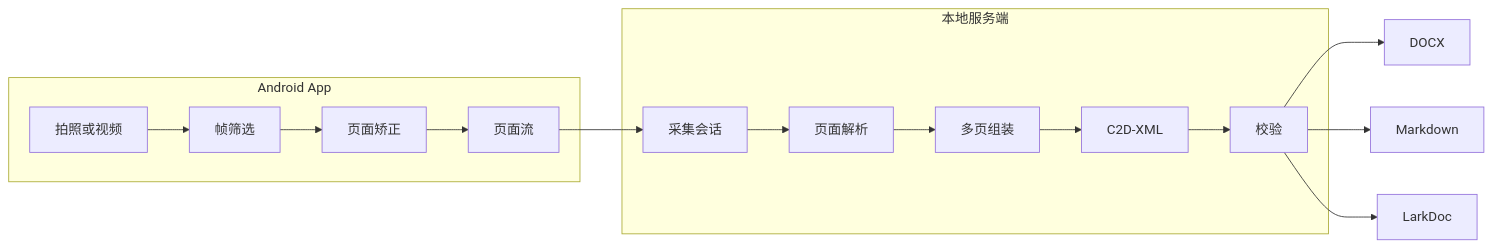
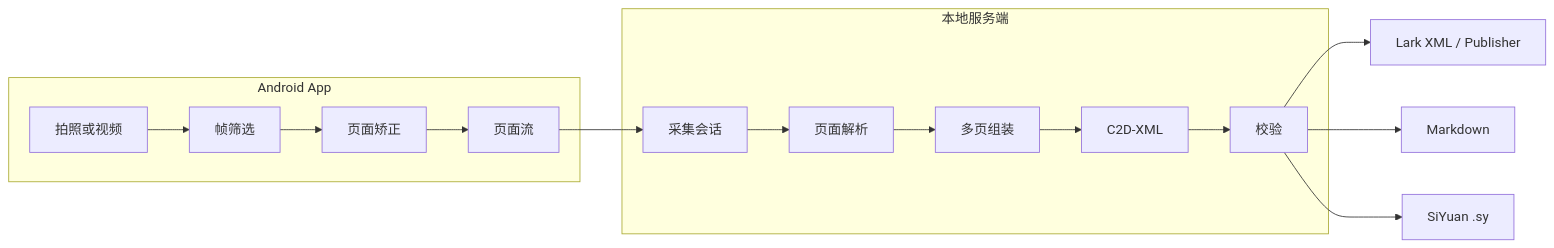
The diagram in docs/architecture.md (liuzijian-cs/capture2doc), drawn with Mermaid before and after one commit. The commit also changed other lines of this file and 4 other files, not shown here.

````diff
--- a/docs/architecture.md
+++ b/docs/architecture.md
@@ -34,20 +35,20 @@
 ```mermaid
 flowchart LR
     subgraph Android[Android App]
         A[拍照或视频] --> B[帧筛选]
         B --> C[页面矫正]
         C --> D[页面流]
     end
 
     subgraph Server[本地服务端]
         E[采集会话] --> F[页面解析]
         F --> G[多页组装]
         G --> H[C2D-XML]
         H --> I[校验]
     end
 
     D --> E
-    I --> J[DOCX]
+    I --> J[Lark XML / Publisher]
     I --> K[Markdown]
-    I --> L[LarkDoc]
+    I --> L[SiYuan .sy]
 ```
````
